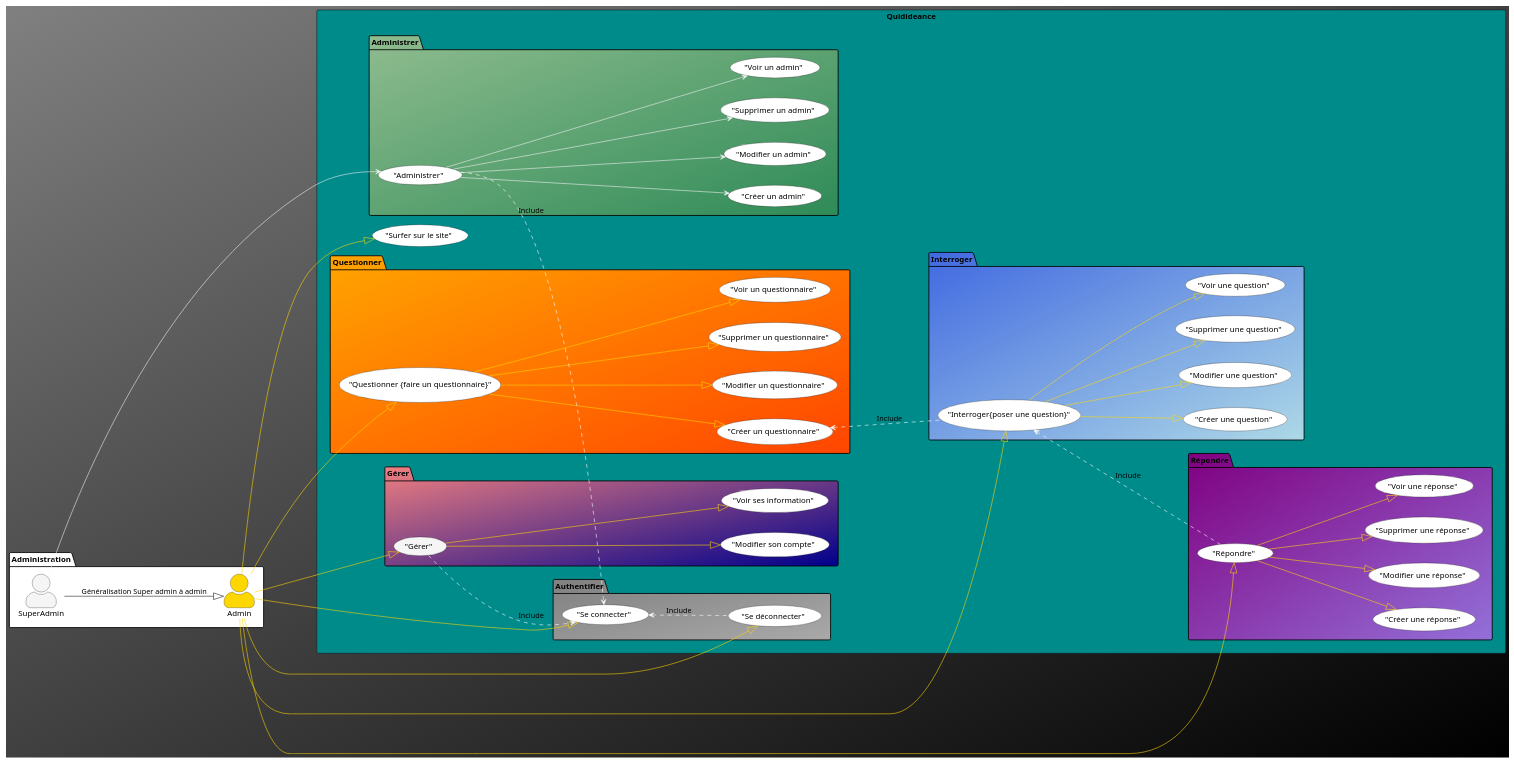
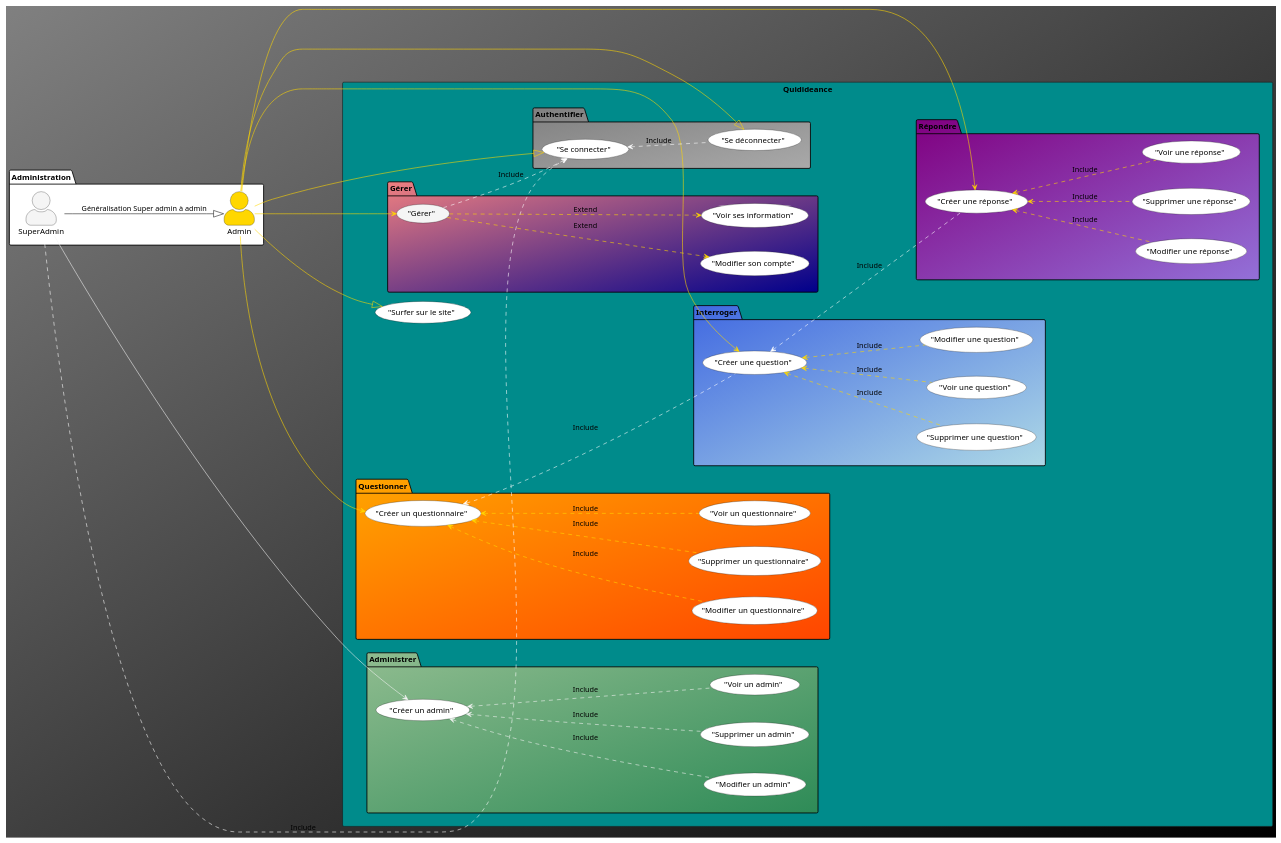
Before and after one commit to nwehla/QuidideanceTest: the diagram in documents/analyse_uml/diagramme_use_case/use_case_general.wsd, drawn with PlantUML.

Commit message:
Use case general en cours

```diff
--- a/documents/analyse_uml/diagramme_use_case/use_case_general.wsd
+++ b/documents/analyse_uml/diagramme_use_case/use_case_general.wsd
@@ -1,116 +1,108 @@
 @startuml Codecouleur
 left to right direction
 skinparam actorStyle awesome
 skinparam backgroundcolor Grey/Black
 skinparam classBackgroundColor Wheat|CornflowerBlue
 package Administration #White{
     actor Admin as ADMIN #Gold
     actor SuperAdmin as SUPADMIN #WhiteSmoke
 }
 
 
 Rectangle Quidideance #DarkCyan {
 
     ("Surfer sur le site") as SURF #White
     
 package Administrer #DarkSeaGreen/SeaGreen {
-    ("Administrer") as ADM #White
     ("Créer un admin") as ADMNEW #White
     ("Modifier un admin") as ADMEDIT #White
     ("Supprimer un admin") as ADMDELETE #White
     ("Voir un admin") as ADMSHOW #White
 }    
 package Interroger #RoyalBlue/LightBlue {
 
-    ("Interroger{poser une question}") as INT #White
     ("Créer une question") as INTNEW #White
     ("Modifier une question") as INTEDIT #White
     ("Supprimer une question") as INTDELETE #White
     ("Voir une question") as INTSHOW #White
 }
 package Questionner #Orange/OrangeRed {
 
-    ("Questionner {faire un questionnaire}") as QUE #White
     ("Créer un questionnaire") as QUENEW #White
     ("Modifier un questionnaire") as QUEEDIT #White
     ("Supprimer un questionnaire") as QUEDELETE #White
     ("Voir un questionnaire") as QUESHOW #White
 }
 
 package Répondre #Purple/MediumPurple {
 
-    ("Répondre") as REP #White
     ("Créer une réponse") as REPNEW #White
     ("Modifier une réponse") as REPEDIT #White
     ("Supprimer une réponse") as REPDELETE #White
     ("Voir une réponse") as REPSHOW #White
 }
 package Gérer #LightCoral/DarkBlue {
 
     ("Gérer") as GER #WhiteSmoke
     ("Modifier son compte") as GEREDIT #White
     ("Voir ses information") as GERSHOW #White
 }
 package Authentifier #Grey/DarkGrey {
     ("Se connecter") as CON #White
     ("Se déconnecter") as DEC #White
 }
 
 
     SUPADMIN--|> ADMIN : Généralisation Super admin à admin
 
 
 
     ADMIN--up-|>CON #Gold
     ADMIN---|>DEC #Gold
     ADMIN--|>SURF #Gold
 
 
 
-    ADMIN---|>QUE #Gold 
-    QUE---|>QUENEW #Gold
-    QUE---|>QUEEDIT #Gold
-    QUE---|>QUEDELETE #Gold
-    QUE---|>QUESHOW #Gold   
+    ADMIN--->QUENEW #Gold 
+    QUENEW<..-QUEEDIT #Gold : Include
+    QUENEW<..-QUEDELETE #Gold : Include
+    QUENEW<..-QUESHOW #Gold : Include 
 
-    ADMIN---|>INT #Gold
-    INT---|>INTNEW #Gold
-    INT---|>INTEDIT #Gold
-    INT---|>INTDELETE #Gold
-    INT---|>INTSHOW #Gold
+    ADMIN--->INTNEW #Gold
+    INTNEW<..-INTEDIT #Gold : Include
+    INTNEW<..-INTDELETE #Gold : Include
+    INTNEW<..-INTSHOW #Gold : Include
 
-    ADMIN---|>REP #Gold
-    REP---|>REPNEW #Gold
-    REP---|>REPEDIT #Gold
-    REP---|>REPDELETE #Gold
-    REP---|>REPSHOW #Gold
+    ADMIN--->REPNEW #Gold
+    REPNEW<..-REPEDIT #Gold : Include
+    REPNEW<..-REPDELETE #Gold : Include
+    REPNEW<..-REPSHOW #Gold : Include
 
-    ADMIN---|>GER #Gold
-    GER---|>GEREDIT #Gold
-    GER---|>GERSHOW #Gold
+    ADMIN--->GER #Gold
+    GER-..>GEREDIT #Gold : Extend
+    GER-..>GERSHOW #Gold : Extend
 
-    SUPADMIN----->ADM #WhiteSmoke
-    ADM--->ADMNEW #WhiteSmoke
-    ADM--->ADMEDIT #WhiteSmoke
-    ADM--->ADMDELETE #WhiteSmoke
-    ADM--->ADMSHOW #WhiteSmoke
+    SUPADMIN----->ADMNEW #WhiteSmoke
+    ADMNEW<..-ADMEDIT #WhiteSmoke : Include
+    ADMNEW<..-ADMDELETE #WhiteSmoke : Include
+    ADMNEW<..-ADMSHOW #WhiteSmoke : Include
 
     CON<.-DEC #White : Include
-    ADM-.>CON #White : Include
+    SUPADMIN-.>CON #White : Include
     GER-.>CON #White : Include
-    QUENEW<..-INT #White : Include
-    INT<..-REP #White : Include
+    QUENEW<..-INTNEW #White : Include
+    INTNEW<..-REPNEW #White : Include
     
     
     
     
     
 
 
 
       
     
   
 }
 
 @enduml
```
